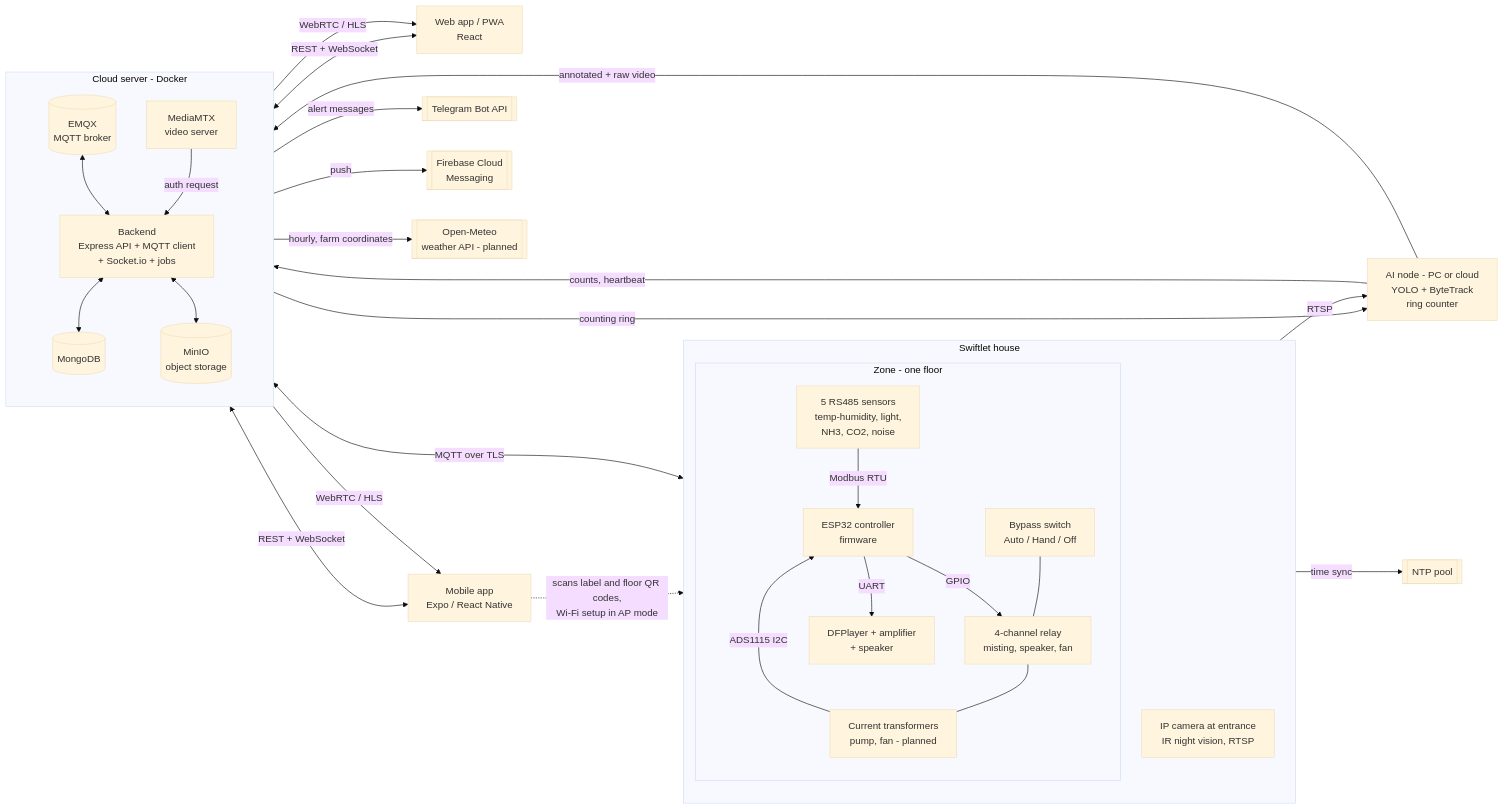
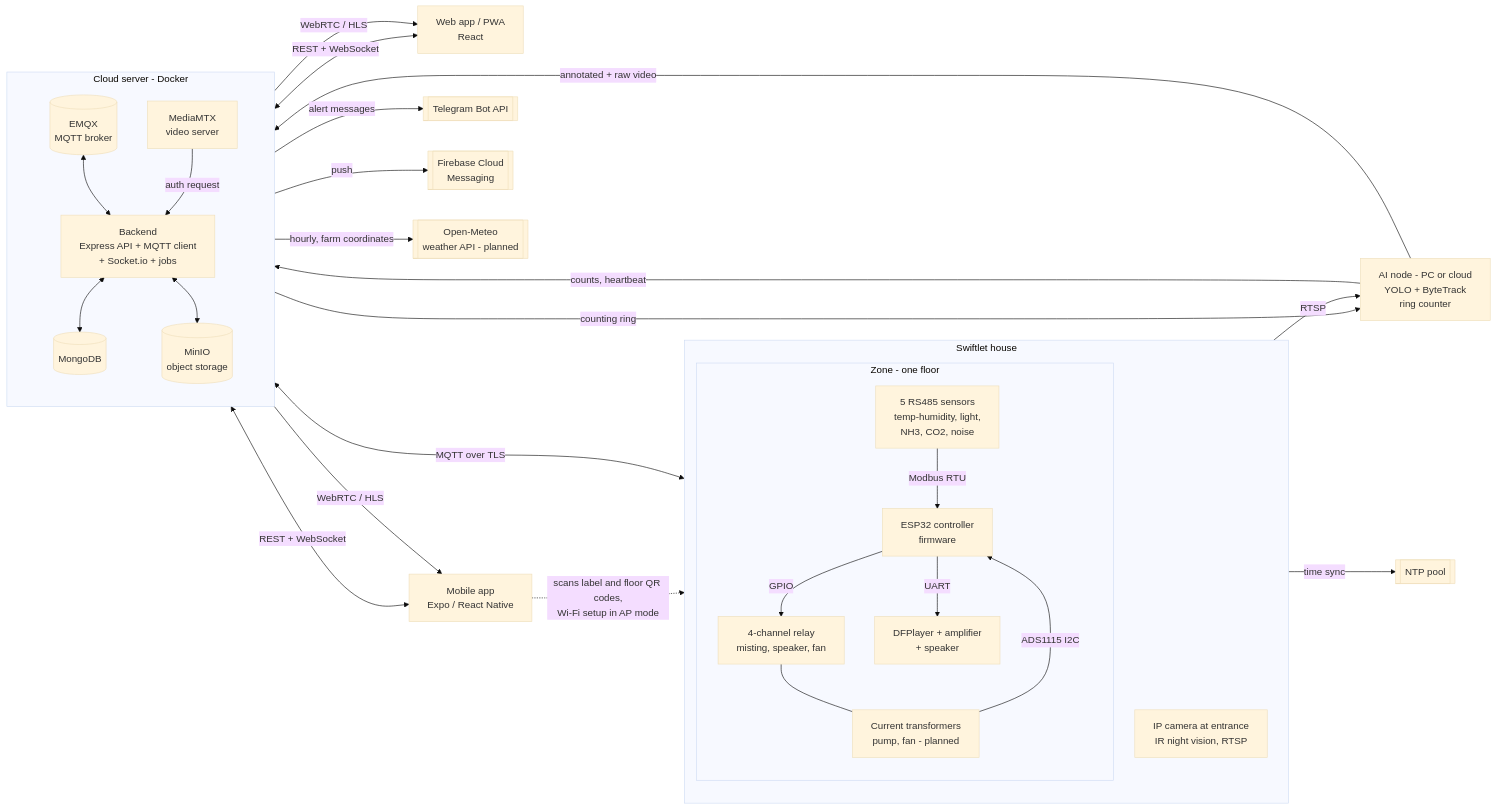
One commit to NBao261/SwiftletCare_KLTN changed the first of 35 diagrams in docs/reports/report4-sdd.md. Above: the diagram before and after it, drawn with Mermaid (base theme). The commit also changed other lines of this file and 7 other files, not shown here.

````diff
--- a/docs/reports/report4-sdd.md
+++ b/docs/reports/report4-sdd.md
@@ -62,55 +62,53 @@
 ```mermaid
 flowchart LR
   subgraph HOUSE[Swiftlet house]
     direction TB
     subgraph ZONE[Zone - one floor]
       S[5 RS485 sensors<br/>temp-humidity, light,<br/>NH3, CO2, noise]
       ESP[ESP32 controller<br/>firmware]
       R[4-channel relay<br/>misting, speaker, fan]
       SPK[DFPlayer + amplifier<br/>+ speaker]
-      BY[Bypass switch<br/>Auto / Hand / Off]
       CT[Current transformers<br/>pump, fan - planned]
       S -- Modbus RTU --> ESP
       ESP -- GPIO --> R
       ESP -- UART --> SPK
-      BY --- R
       R --- CT
       CT -- ADS1115 I2C --> ESP
     end
     CAM[IP camera at entrance<br/>IR night vision, RTSP]
   end
   AINODE[AI node - PC or cloud<br/>YOLO + ByteTrack<br/>ring counter]
   subgraph CLOUD[Cloud server - Docker]
     direction TB
     EMQX[(EMQX<br/>MQTT broker)]
     API[Backend<br/>Express API + MQTT client<br/>+ Socket.io + jobs]
     DB[(MongoDB)]
     MINIO[(MinIO<br/>object storage)]
     MTX[MediaMTX<br/>video server]
   end
   WEB[Web app / PWA<br/>React]
   MOB[Mobile app<br/>Expo / React Native]
   TG[[Telegram Bot API]]
   FCM[[Firebase Cloud<br/>Messaging]]
   NTP[[NTP pool]]
   WX[[Open-Meteo<br/>weather API - planned]]
 
   ESP <-- MQTT over TLS --> EMQX
   CAM -- RTSP --> AINODE
   AINODE -- counts, heartbeat --> EMQX
   EMQX -- counting ring --> AINODE
   AINODE -- annotated + raw video --> MTX
   EMQX <--> API
   API <--> DB
   API <--> MINIO
   MTX -- auth request --> API
   API <-- REST + WebSocket --> WEB
   API <-- REST + WebSocket --> MOB
   MTX -- WebRTC / HLS --> WEB
   MTX -- WebRTC / HLS --> MOB
   API -- alert messages --> TG
   API -- push --> FCM
   ESP -- time sync --> NTP
   API -- hourly, farm coordinates --> WX
   MOB -. scans label and floor QR codes,<br/>Wi-Fi setup in AP mode .-> ESP
 ```
````
